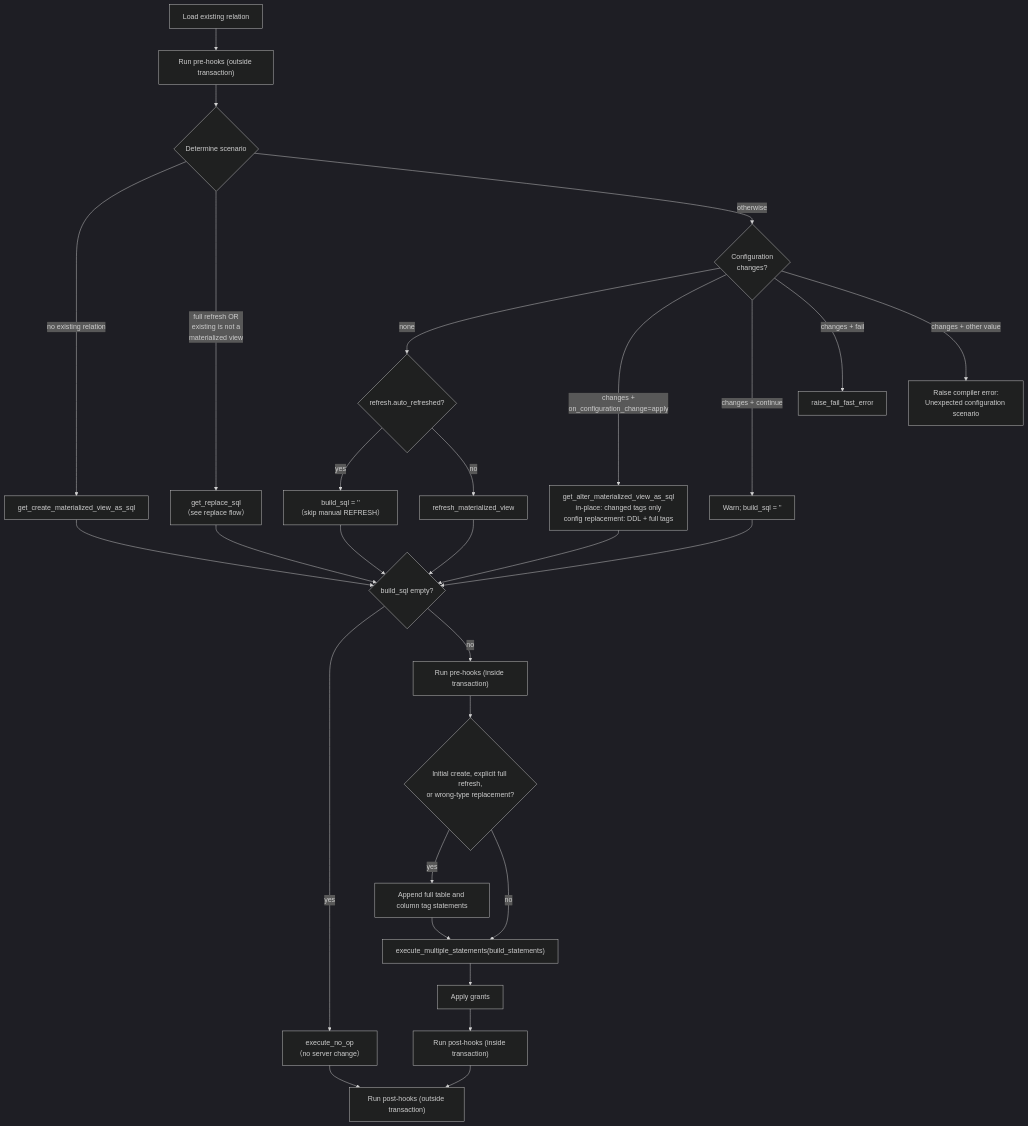
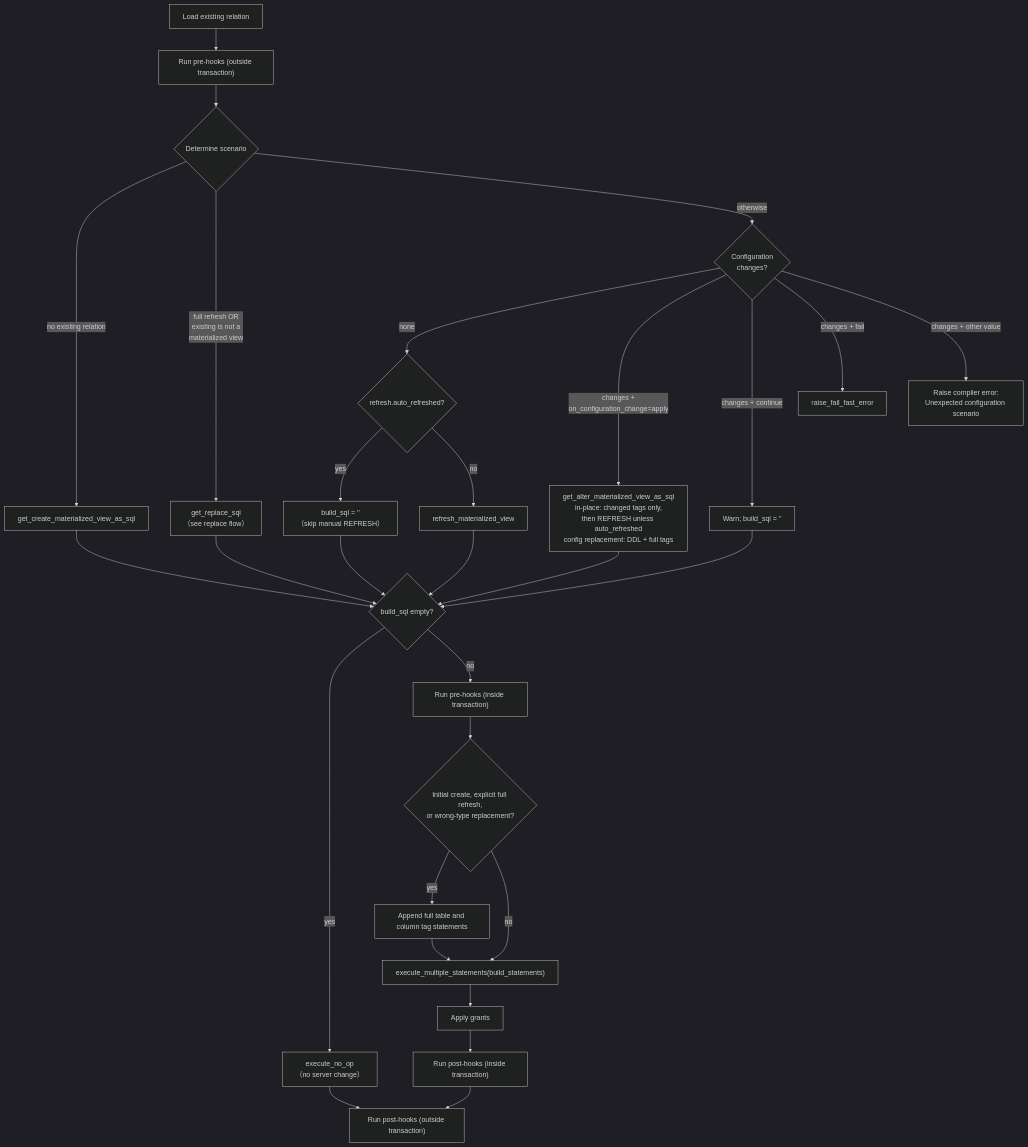
Before and after one commit to databricks/dbt-databricks: the diagram in docs/flow/materialized_view_flow.md, drawn with Mermaid (dark theme). The commit also changed other lines of this file and 5 other files, not shown here.

Commit message:
fix: refresh manual materialized views after in-place alters

````diff
--- a/docs/flow/materialized_view_flow.md
+++ b/docs/flow/materialized_view_flow.md
@@ -15,36 +15,36 @@
 ```mermaid
 flowchart TD
     START[Load existing relation] --> PRE["Run pre-hooks (outside transaction)"]
     PRE --> DECIDE{Determine scenario}
 
     DECIDE -- "no existing relation" --> CREATE[get_create_materialized_view_as_sql]
     DECIDE -- "full refresh OR\nexisting is not a\nmaterialized view" --> REPLACE[get_replace_sql\n（see replace flow）]
     DECIDE -- "otherwise" --> CFG{Configuration\nchanges?}
 
     CFG -- "none" --> AUTO{refresh.auto_refreshed?}
     AUTO -- yes --> NOOPSQL[build_sql = ''\n（skip manual REFRESH）]
     AUTO -- no --> REFRESH[refresh_materialized_view]
 
-    CFG -- "changes +\non_configuration_change=apply" --> ALTER["get_alter_materialized_view_as_sql<br/>in-place: changed tags only<br/>config replacement: DDL + full tags"]
+    CFG -- "changes +\non_configuration_change=apply" --> ALTER["get_alter_materialized_view_as_sql<br/>in-place: changed tags only,<br/>then REFRESH unless auto_refreshed<br/>config replacement: DDL + full tags"]
     CFG -- "changes + continue" --> WARN[Warn; build_sql = '']
     CFG -- "changes + fail" --> FAIL[raise_fail_fast_error]
     CFG -- "changes + other value" --> INVALID["Raise compiler error:<br/>Unexpected configuration scenario"]
 
     CREATE --> CHECK
     REPLACE --> CHECK
     REFRESH --> CHECK
     ALTER --> CHECK
     NOOPSQL --> CHECK
     WARN --> CHECK
     CHECK{build_sql empty?}
     CHECK -- yes --> NOOP[execute_no_op\n（no server change）]
     CHECK -- no --> INTX["Run pre-hooks (inside transaction)"]
     INTX --> OUTERREPLACE{"Initial create, explicit full refresh,<br/>or wrong-type replacement?"}
     OUTERREPLACE -- yes --> TAGS[Append full table and column tag statements]
     OUTERREPLACE -- no --> EXEC["execute_multiple_statements(build_statements)"]
     TAGS --> EXEC
     EXEC --> GRANTS[Apply grants]
     GRANTS --> POSTIN["Run post-hooks (inside transaction)"]
     NOOP --> POSTOUT
     POSTIN --> POSTOUT["Run post-hooks (outside transaction)"]
 ```
````
